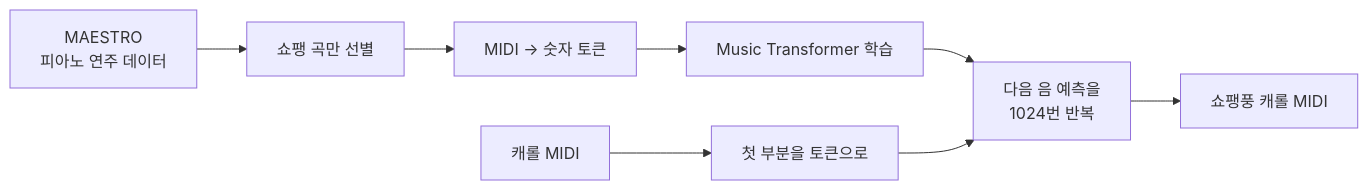
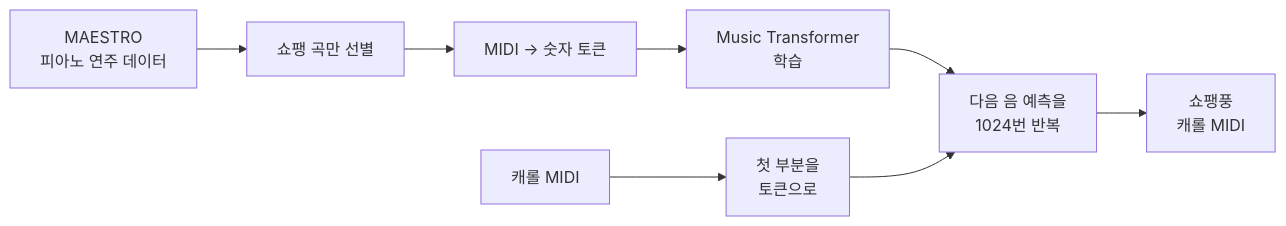
One commit to mjk022/portfolio changed the diagram in MusicTransformer/README.md. Above: the diagram before and after it, drawn with Mermaid. The commit also changed 142 other files, not shown here.

Commit message:
추천시스템 웹 체험 페이지 추가, mermaid 라벨 줄바꿈 정리

````diff
--- a/MusicTransformer/README.md
+++ b/MusicTransformer/README.md
@@ -70,10 +70,10 @@
 ```mermaid
 flowchart LR
     A[MAESTRO<br/>피아노 연주 데이터] --> B[쇼팽 곡만 선별]
     B --> C[MIDI → 숫자 토큰]
-    C --> D[Music Transformer 학습]
-    E[캐롤 MIDI] --> F[첫 부분을 토큰으로]
+    C --> D[Music Transformer<br/>학습]
+    E[캐롤 MIDI] --> F[첫 부분을<br/>토큰으로]
     D --> G[다음 음 예측을<br/>1024번 반복]
     F --> G
-    G --> H[쇼팽풍 캐롤 MIDI]
+    G --> H[쇼팽풍<br/>캐롤 MIDI]
 ```
````
